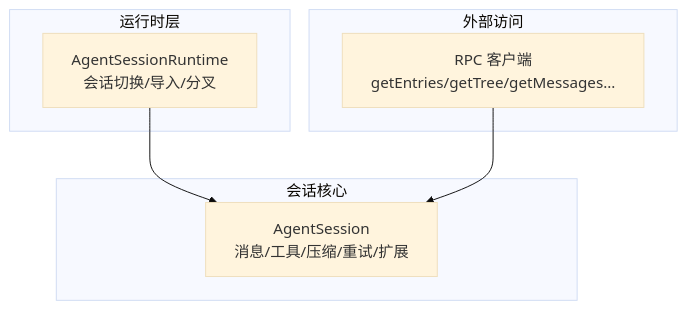
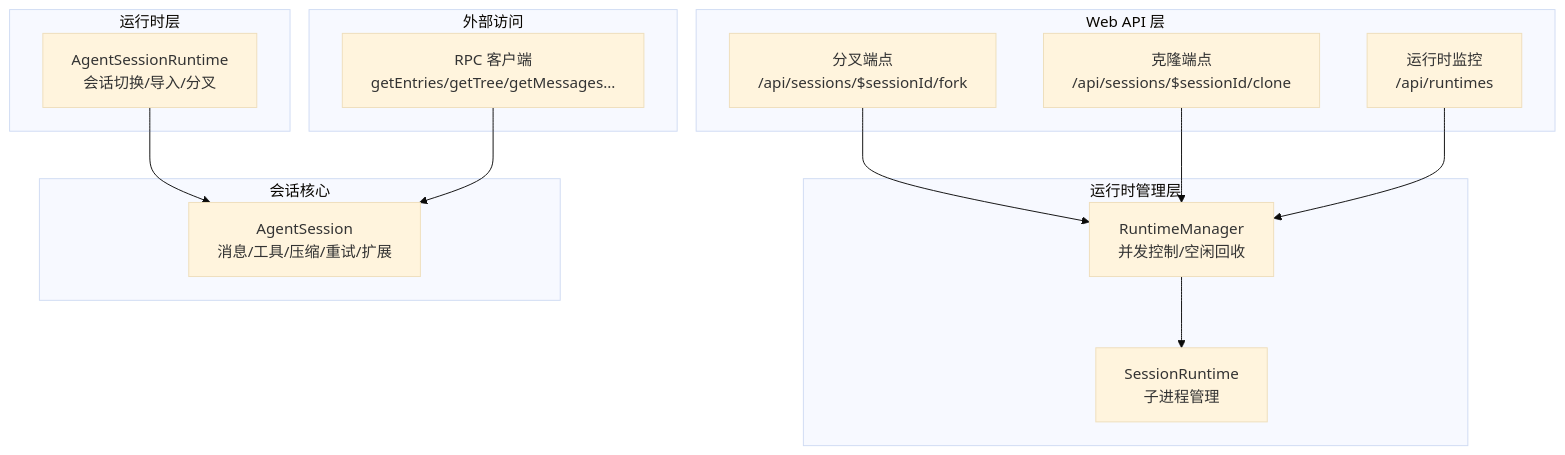
Before and after one commit to FDE-GROUP/oh-my-coding-agent: the first of 8 diagrams in .qoder/repowiki/zh/content/SDK API 参考/会话管理 API.md, drawn with Mermaid (base theme). The commit also changed other lines of this file and 433 other files, not shown here.

````diff
--- a/.qoder/repowiki/zh/content/SDK API 参考/会话管理 API.md
+++ b/.qoder/repowiki/zh/content/SDK API 参考/会话管理 API.md
@@ -29,14 +44,27 @@
 ```mermaid
 graph TB
+subgraph "Web API 层"
+Fork["分叉端点<br/>/api/sessions/$sessionId/fork"]
+Clone["克隆端点<br/>/api/sessions/$sessionId/clone"]
+Runtimes["运行时监控<br/>/api/runtimes"]
+end
+subgraph "运行时管理层"
+RuntimeManager["RuntimeManager<br/>并发控制/空闲回收"]
+SessionRuntime["SessionRuntime<br/>子进程管理"]
+end
 subgraph "运行时层"
 Runtime["AgentSessionRuntime<br/>会话切换/导入/分叉"]
 end
 subgraph "会话核心"
 Session["AgentSession<br/>消息/工具/压缩/重试/扩展"]
 end
 subgraph "外部访问"
 RPC["RPC 客户端<br/>getEntries/getTree/getMessages..."]
 end
+Fork --> RuntimeManager
+Clone --> RuntimeManager
+Runtimes --> RuntimeManager
+RuntimeManager --> SessionRuntime
 Runtime --> Session
 RPC --> Session
 ```
````
